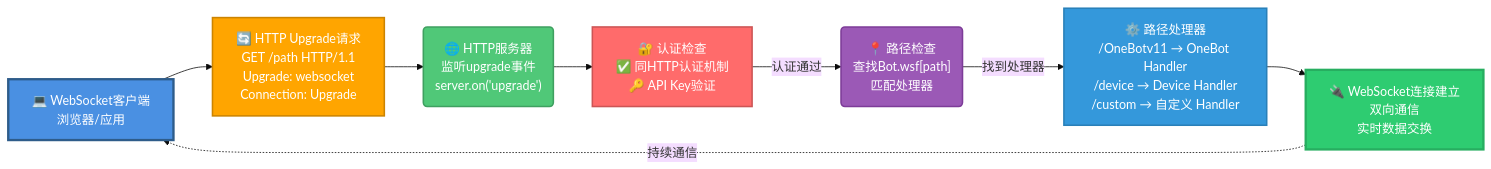
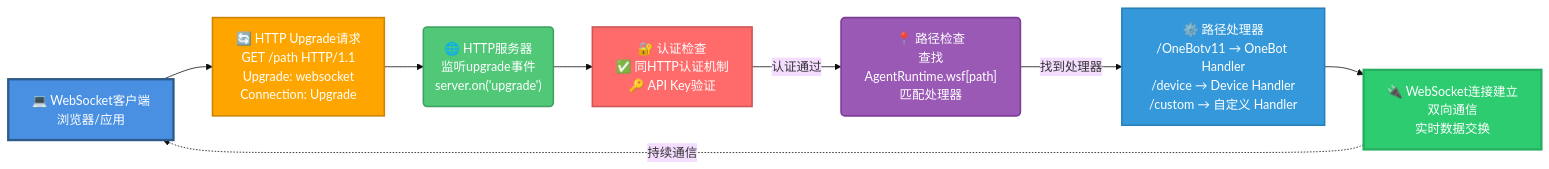
One commit to sunflowermm/XRK-AGT changed the seventh of 11 diagrams in docs/server.md. Above: the diagram before and after it, drawn with Mermaid (base theme). The commit also changed other lines of this file and 315 other files, not shown here.

````diff
--- a/docs/server.md
+++ b/docs/server.md
@@ -428,19 +428,19 @@
 ```mermaid
 flowchart LR
     Client["💻 WebSocket客户端<br/>浏览器/应用"] --> Upgrade["🔄 HTTP Upgrade请求<br/>GET /path HTTP/1.1<br/>Upgrade: websocket<br/>Connection: Upgrade"]
     Upgrade --> Server("🌐 HTTP服务器<br/>监听upgrade事件<br/>server.on('upgrade')")
     Server --> Auth["🔐 认证检查<br/>✅ 同HTTP认证机制<br/>🔑 API Key验证"]
-    Auth -->|"认证通过"| PathCheck("📍 路径检查<br/>查找Bot.wsf[path]<br/>匹配处理器")
+    Auth -->|"认证通过"| PathCheck("📍 路径检查<br/>查找AgentRuntime.wsf[path]<br/>匹配处理器")
     PathCheck -->|"找到处理器"| Handler["⚙️ 路径处理器<br/>/OneBotv11 → OneBot Handler<br/>/device → Device Handler<br/>/custom → 自定义 Handler"]
     Handler --> WS["🔌 WebSocket连接建立<br/>双向通信<br/>实时数据交换"]
     
     WS -.->|"持续通信"| Client
     
     style Client fill:#4A90E2,stroke:#2E5C8A,stroke-width:3px,color:#fff
     style Upgrade fill:#FFA500,stroke:#CC8400,stroke-width:2px,color:#fff
     style Server fill:#50C878,stroke:#3FA060,stroke-width:2px,color:#fff
     style Auth fill:#FF6B6B,stroke:#CC5555,stroke-width:2px,color:#fff
     style PathCheck fill:#9B59B6,stroke:#7D3C98,stroke-width:2px,color:#fff
     style Handler fill:#3498DB,stroke:#2980B9,stroke-width:2px,color:#fff
     style WS fill:#2ECC71,stroke:#27AE60,stroke-width:3px,color:#fff
 ```
````
